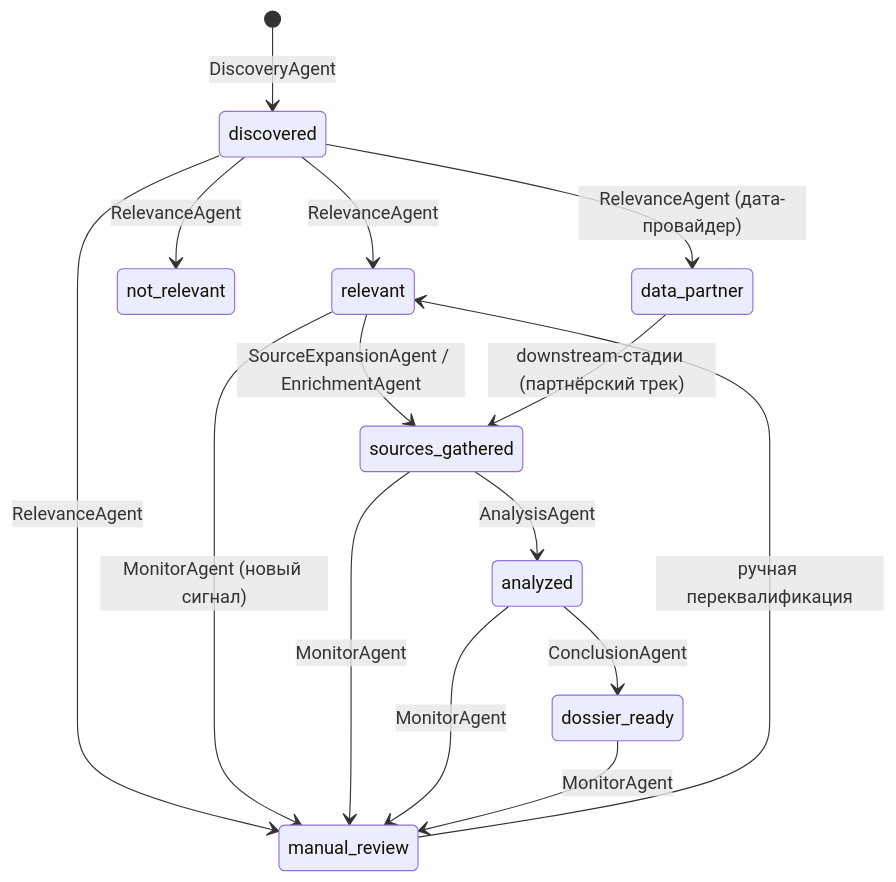
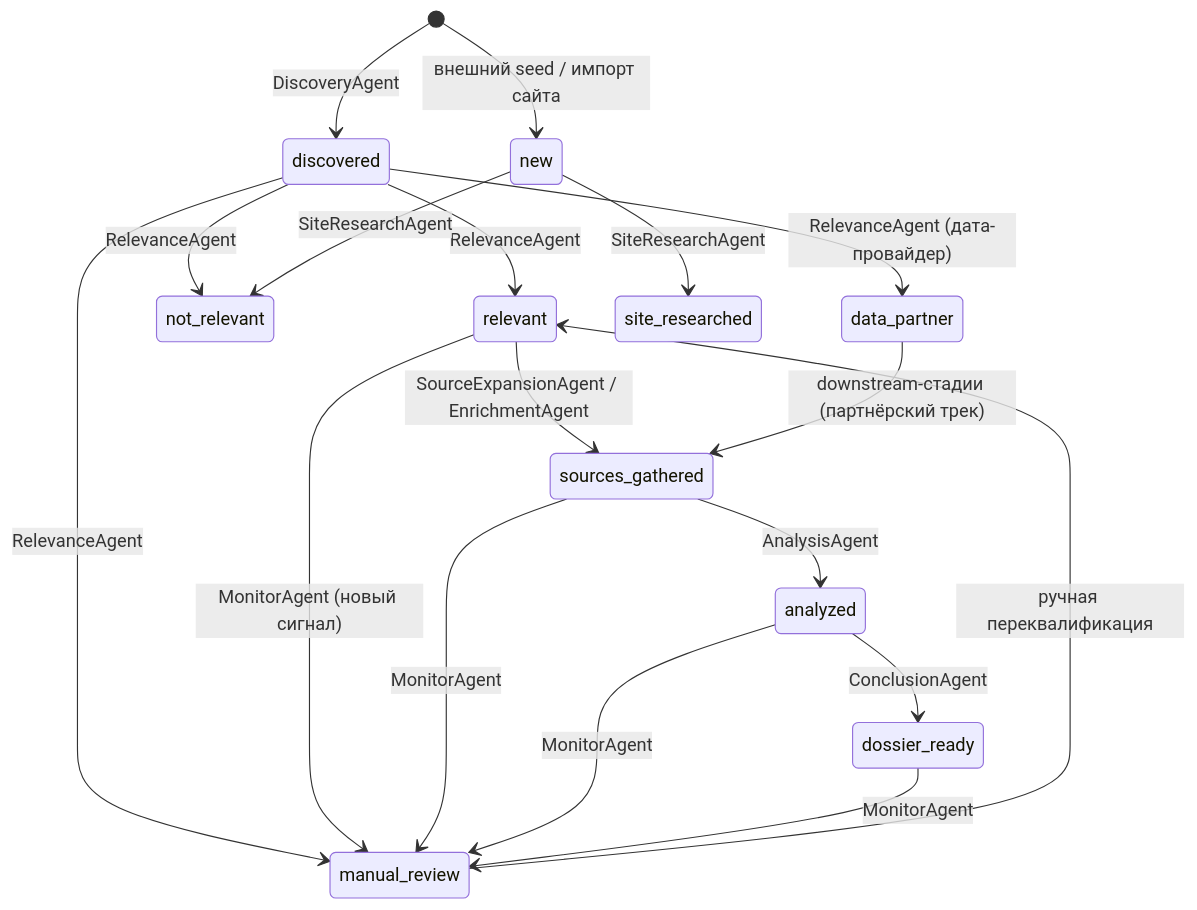
One commit to Katoli-IV-ka/kvetio-agent changed the second of 5 diagrams in ARCHITECTURE.md. Above: the diagram before and after it, drawn with Mermaid. The commit also changed other lines of this file and 2 other files, not shown here.

Commit message:
docs: document site research agent

````diff
--- a/ARCHITECTURE.md
+++ b/ARCHITECTURE.md
@@ -295,21 +300,25 @@
 ```mermaid
 stateDiagram-v2
     [*] --> discovered : DiscoveryAgent
 
     discovered --> relevant : RelevanceAgent
     discovered --> not_relevant : RelevanceAgent
     discovered --> manual_review : RelevanceAgent
     discovered --> data_partner : RelevanceAgent (дата-провайдер)
+
+    [*] --> new : внешний seed / импорт сайта
+    new --> site_researched : SiteResearchAgent
+    new --> not_relevant : SiteResearchAgent
 
     manual_review --> relevant : ручная переквалификация
 
     relevant --> sources_gathered : SourceExpansionAgent / EnrichmentAgent
     data_partner --> sources_gathered : downstream-стадии (партнёрский трек)
     sources_gathered --> analyzed : AnalysisAgent
     analyzed --> dossier_ready : ConclusionAgent
 
     relevant --> manual_review : MonitorAgent (новый сигнал)
     sources_gathered --> manual_review : MonitorAgent
     analyzed --> manual_review : MonitorAgent
     dossier_ready --> manual_review : MonitorAgent
 ```
````
